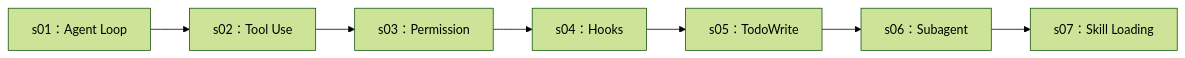
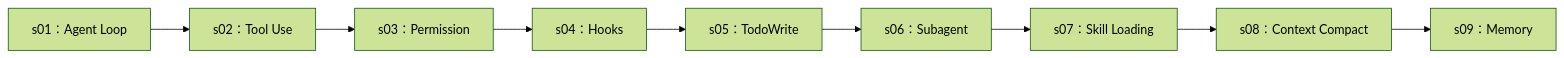
Before and after one commit to lyq1119/deepseek-agent-tutorial: the diagram in README.zh.md, drawn with Mermaid (forest theme). The commit also changed other lines of this file and 22 other files, not shown here.

Commit message:
Add DeepSeek s08 context compact and s09 memory lessons

````diff
--- a/README.zh.md
+++ b/README.zh.md
@@ -86,9 +88,11 @@
 ```mermaid
 flowchart LR
     S01["s01：Agent Loop"] --> S02["s02：Tool Use"]
     S02 --> S03["s03：Permission"]
     S03 --> S04["s04：Hooks"]
     S04 --> S05["s05：TodoWrite"]
     S05 --> S06["s06：Subagent"]
     S06 --> S07["s07：Skill Loading"]
+    S07 --> S08["s08：Context Compact"]
+    S08 --> S09["s09：Memory"]
 ```
````
